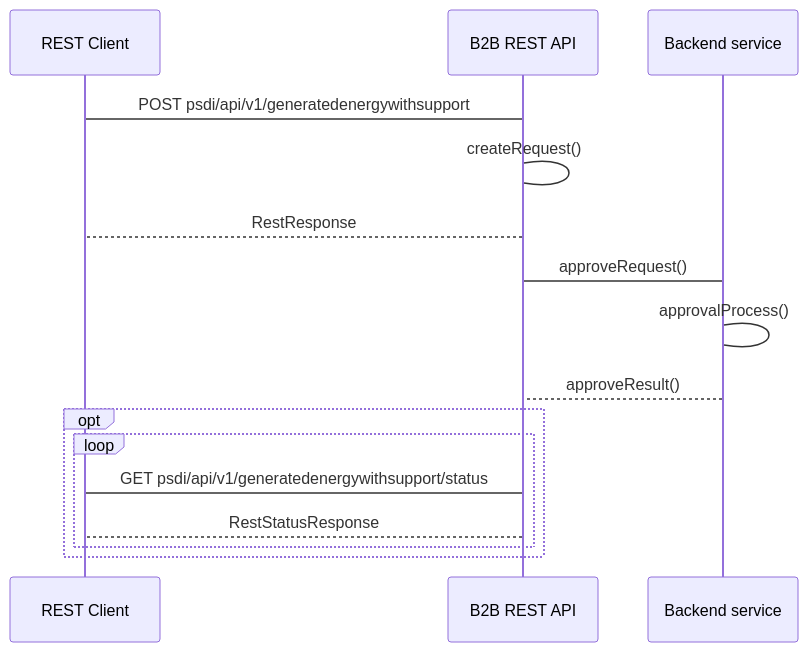
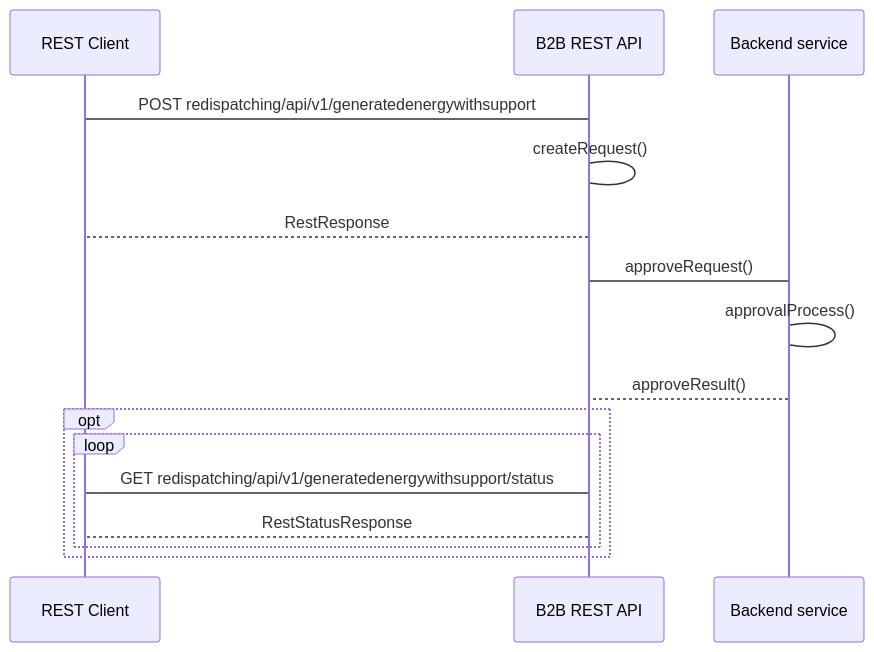
Before and after one commit to Polskie-Sieci-Elektroenergetyczne/redispatching-api: the diagram in docs/komunikat informacji o energi wyprodukowanej objętej systemem wsparcia.md, drawn with Mermaid. The commit also changed other lines of this file and 7 other files, not shown here.

````diff
--- a/docs/komunikat informacji o energi wyprodukowanej objętej systemem wsparcia.md
+++ b/docs/komunikat informacji o energi wyprodukowanej objętej systemem wsparcia.md
@@ -29,18 +29,18 @@
 ```mermaid
 sequenceDiagram
     participant REST Client
     participant B2B REST API
     participant Backend service
-    REST Client->B2B REST API: POST psdi/api/v1/generatedenergywithsupport
+    REST Client->B2B REST API: POST redispatching/api/v1/generatedenergywithsupport
     B2B REST API->B2B REST API: createRequest()
     B2B REST API-->REST Client: RestResponse
     B2B REST API->Backend service: approveRequest()
     Backend service->Backend service: approvalProcess()
     Backend service-->B2B REST API: approveResult()        
     opt
       loop  
-        REST Client->B2B REST API: GET psdi/api/v1/generatedenergywithsupport/status
+        REST Client->B2B REST API: GET redispatching/api/v1/generatedenergywithsupport/status
         B2B REST API-->REST Client: RestStatusResponse
       end
     end  
 ```
````
